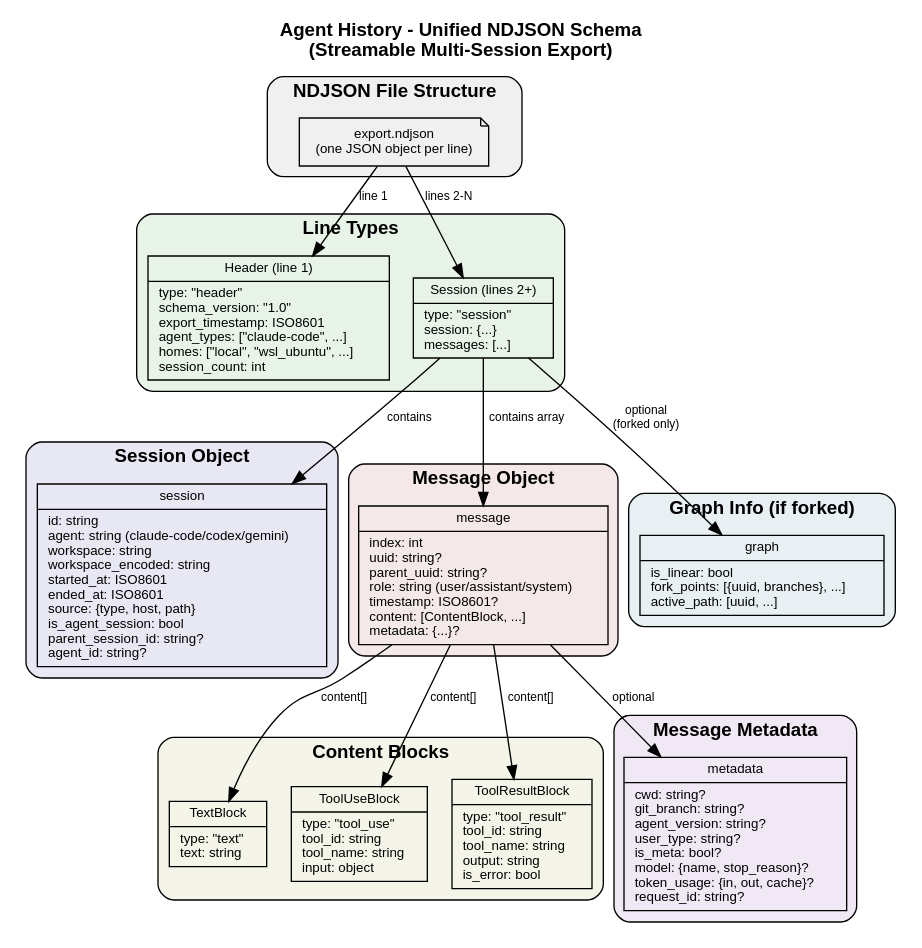
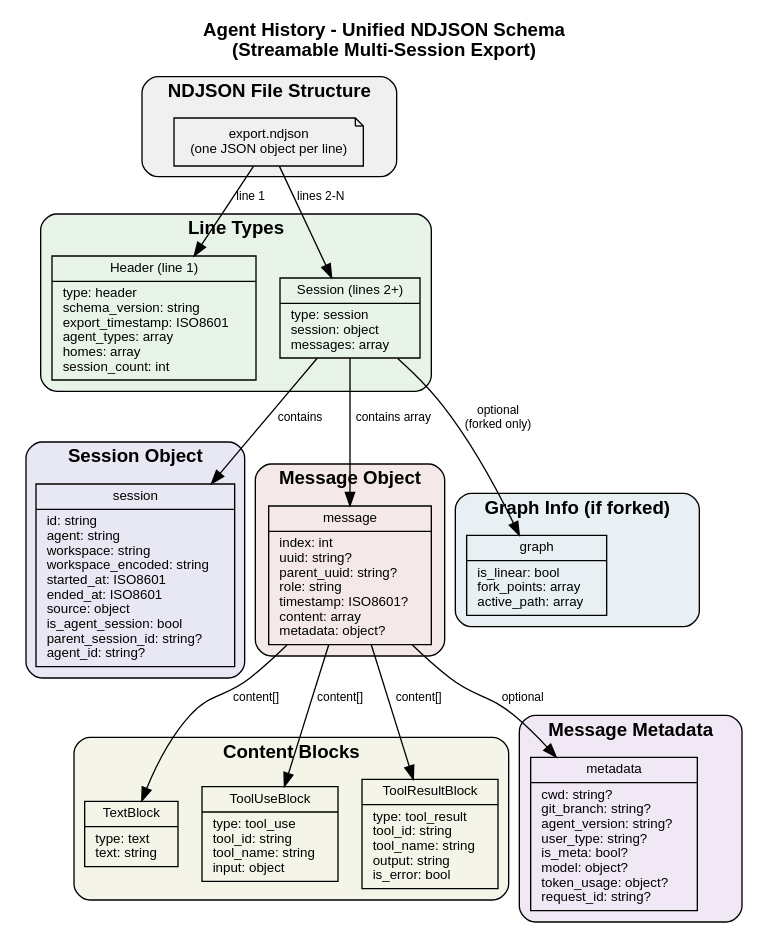
Before and after one commit to kvsankar/agent-history: the diagram in docs/unified_json_schema.dot, drawn with Graphviz. The commit also changed 1 other file, not shown here.

Commit message:
fix: simplify schema diagram - remove escaped quotes
Remove all escaped quotes and literal values from diagram.
Show only field names and types for cleaner rendering.

🤖 Generated with [Claude Code](https://claude.com/claude-code)

```diff
--- a/docs/unified_json_schema.dot
+++ b/docs/unified_json_schema.dot
@@ -1,94 +1,94 @@
 // Unified JSON Schema for Agent History
 // Render with: dot -Tpng unified_json_schema.dot -o unified_json_schema.png
 
 digraph UnifiedSchema {
     rankdir=TB;
     node [shape=record, fontname="Helvetica", fontsize=10];
     edge [fontname="Helvetica", fontsize=9];
 
     // Title
     labelloc="t";
     label="Agent History - Unified NDJSON Schema\n(Streamable Multi-Session Export)";
     fontsize=14;
     fontname="Helvetica-Bold";
 
     // File structure
     subgraph cluster_file {
         label="NDJSON File Structure";
         style=rounded;
         bgcolor="#f0f0f0";
 
         file [shape=note, label="export.ndjson\n(one JSON object per line)"];
     }
 
     // Line types
     subgraph cluster_lines {
         label="Line Types";
         style=rounded;
         bgcolor="#e8f4e8";
 
-        header [label="{Header (line 1)|type: \"header\"\lschema_version: \"1.0\"\lexport_timestamp: ISO8601\lagent_types: [\"claude-code\", ...]\lhomes: [\"local\", \"wsl_ubuntu\", ...]\lsession_count: int\l}"];
+        header [label="{Header (line 1)|type: header\lschema_version: string\lexport_timestamp: ISO8601\lagent_types: array\lhomes: array\lsession_count: int\l}"];
 
-        session [label="{Session (lines 2+)|type: \"session\"\lsession: \{...\}\lmessages: [...]\l}"];
+        session [label="{Session (lines 2+)|type: session\lsession: object\lmessages: array\l}"];
     }
 
     // Session object
     subgraph cluster_session {
         label="Session Object";
         style=rounded;
         bgcolor="#e8e8f4";
 
-        session_obj [label="{session|id: string\lagent: string (claude-code/codex/gemini)\lworkspace: string\lworkspace_encoded: string\lstarted_at: ISO8601\lended_at: ISO8601\lsource: \{type, host, path\}\lis_agent_session: bool\lparent_session_id: string?\lagent_id: string?\l}"];
+        session_obj [label="{session|id: string\lagent: string\lworkspace: string\lworkspace_encoded: string\lstarted_at: ISO8601\lended_at: ISO8601\lsource: object\lis_agent_session: bool\lparent_session_id: string?\lagent_id: string?\l}"];
     }
 
     // Message object
     subgraph cluster_message {
         label="Message Object";
         style=rounded;
         bgcolor="#f4e8e8";
 
-        message [label="{message|index: int\luuid: string?\lparent_uuid: string?\lrole: string (user/assistant/system)\ltimestamp: ISO8601?\lcontent: [ContentBlock, ...]\lmetadata: \{...\}?\l}"];
+        message [label="{message|index: int\luuid: string?\lparent_uuid: string?\lrole: string\ltimestamp: ISO8601?\lcontent: array\lmetadata: object?\l}"];
     }
 
     // Content blocks
     subgraph cluster_content {
         label="Content Blocks";
         style=rounded;
         bgcolor="#f4f4e8";
 
-        text_block [label="{TextBlock|type: \"text\"\ltext: string\l}"];
+        text_block [label="{TextBlock|type: text\ltext: string\l}"];
 
-        tool_use [label="{ToolUseBlock|type: \"tool_use\"\ltool_id: string\ltool_name: string\linput: object\l}"];
+        tool_use [label="{ToolUseBlock|type: tool_use\ltool_id: string\ltool_name: string\linput: object\l}"];
 
-        tool_result [label="{ToolResultBlock|type: \"tool_result\"\ltool_id: string\ltool_name: string\loutput: string\lis_error: bool\l}"];
+        tool_result [label="{ToolResultBlock|type: tool_result\ltool_id: string\ltool_name: string\loutput: string\lis_error: bool\l}"];
     }
 
     // Metadata
     subgraph cluster_metadata {
         label="Message Metadata";
         style=rounded;
         bgcolor="#f0e8f4";
 
-        metadata [label="{metadata|cwd: string?\lgit_branch: string?\lagent_version: string?\luser_type: string?\lis_meta: bool?\lmodel: \{name, stop_reason\}?\ltoken_usage: \{in, out, cache\}?\lrequest_id: string?\l}"];
+        metadata [label="{metadata|cwd: string?\lgit_branch: string?\lagent_version: string?\luser_type: string?\lis_meta: bool?\lmodel: object?\ltoken_usage: object?\lrequest_id: string?\l}"];
     }
 
     // Graph info (optional)
     subgraph cluster_graph {
         label="Graph Info (if forked)";
         style=rounded;
         bgcolor="#e8f0f4";
 
-        graph_info [label="{graph|is_linear: bool\lfork_points: [\{uuid, branches\}, ...]\lactive_path: [uuid, ...]\l}"];
+        graph_info [label="{graph|is_linear: bool\lfork_points: array\lactive_path: array\l}"];
     }
 
     // Relationships
     file -> header [label="line 1"];
     file -> session [label="lines 2-N"];
     session -> session_obj [label="contains"];
     session -> message [label="contains array"];
     message -> text_block [label="content[]"];
     message -> tool_use [label="content[]"];
     message -> tool_result [label="content[]"];
     message -> metadata [label="optional"];
     session -> graph_info [label="optional\n(forked only)"];
 }
```
